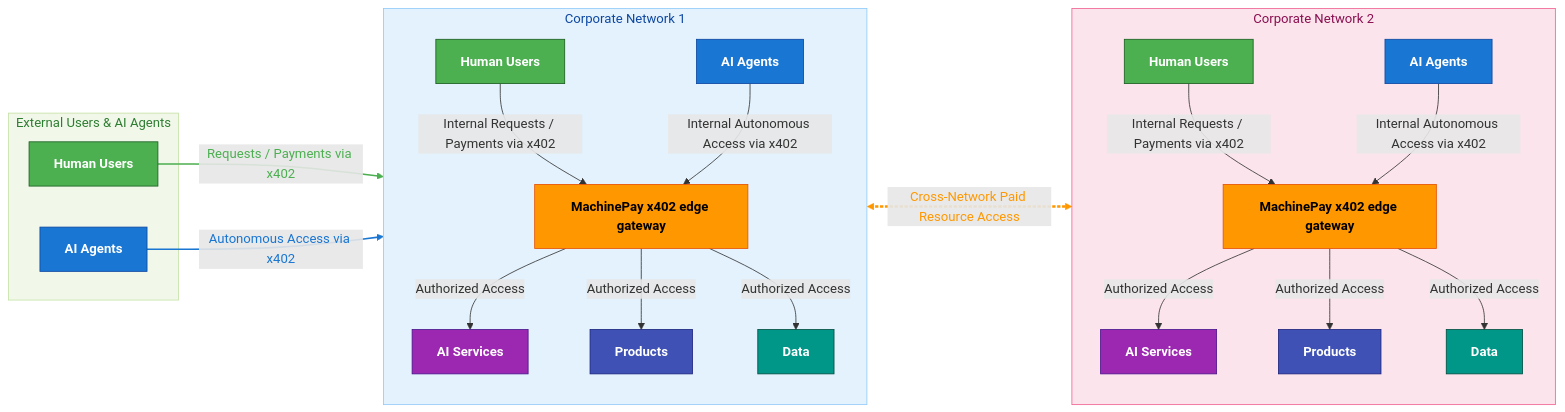
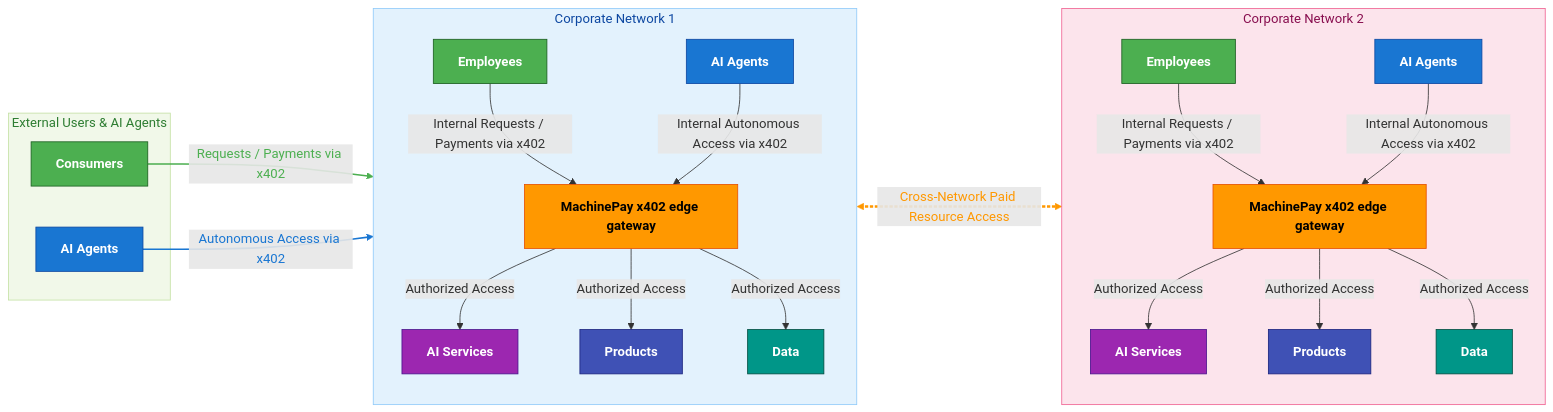
The diagram in README.md (skalenetwork/machinepal), drawn with Mermaid before and after one commit.

Commit message:
Refine README network diagrams for clarity and consistency

````diff
--- a/README.md
+++ b/README.md
@@ -74,7 +74,7 @@
 ```mermaid
 flowchart LR
 subgraph External_World["External Users & AI Agents"]
-U1["Human Users"]
+U1["Consumers"]
 A1["AI Agents"]
 end
 
@@ -85,7 +85,7 @@
         AI1["AI Services"]
         AI2["Products"]
         AI3["Data"]
-        HU1["Human Users"]
+        HU1["Employees"]
         HA1["AI Agents"]
     end
 
@@ -96,7 +96,7 @@
         AI1B["AI Services"]
         AI2B["Products"]
         AI3B["Data"]
-        HU2["Human Users"]
+        HU2["Employees"]
         HA2["AI Agents"]
     end
 
````
